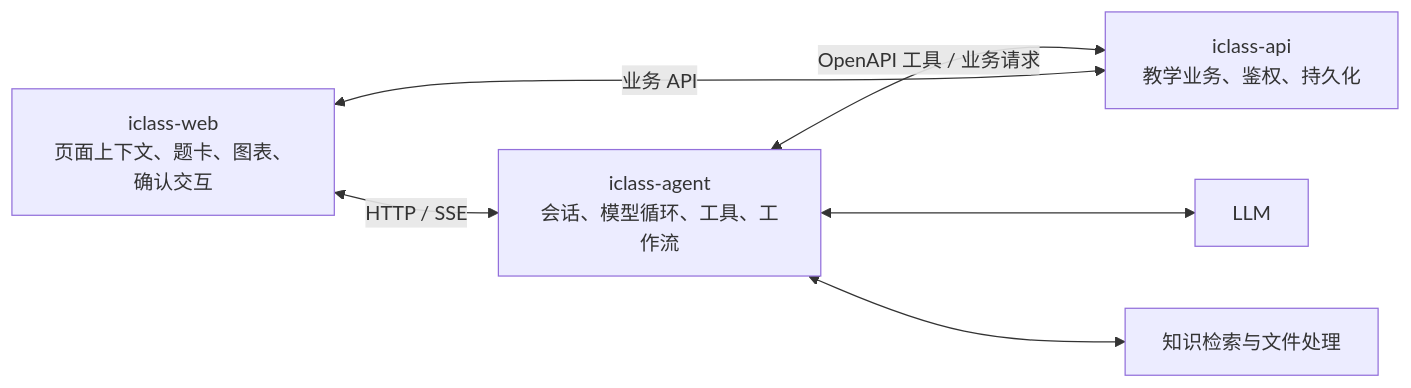
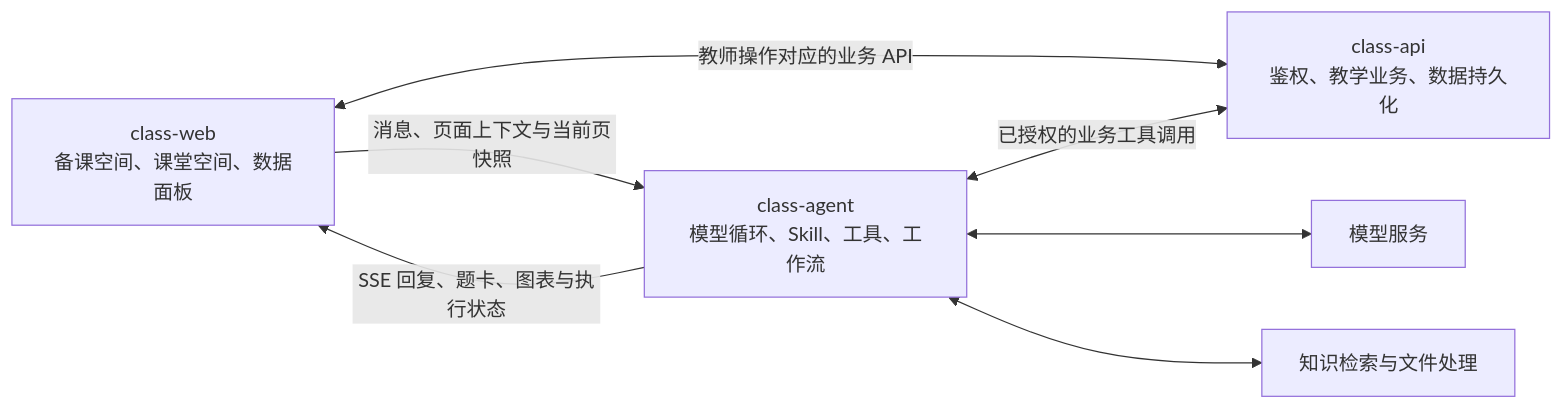
The diagram in README.md (JokerGrimace/class-agent), drawn with Mermaid before and after one commit. The commit also changed other lines of this file and 9 other files, not shown here.

Commit message:
docs: refresh class architecture overview and redacted demos

```diff
--- a/README.md
+++ b/README.md
@@ -123,8 +13,14 @@
 ~~~mermaid
 flowchart LR
-    W[iclass-web<br/>页面上下文、题卡、图表、确认交互] <-->|HTTP / SSE| A[iclass-agent<br/>会话、模型循环、工具、工作流]
-    A <-->|OpenAPI 工具 / 业务请求| J[iclass-api<br/>教学业务、鉴权、持久化]
-    A <--> L[LLM]
-    A <--> R[知识检索与文件处理]
-    W <-->|业务 API| J
+    W["class-web<br/>备课空间、课堂空间、数据面板"]
+    A["class-agent<br/>模型循环、Skill、工具、工作流"]
+    J["class-api<br/>鉴权、教学业务、数据持久化"]
+    L["模型服务"]
+    R["知识检索与文件处理"]
+    W -->|消息、页面上下文与当前页快照| A
+    A -->|SSE 回复、题卡、图表与执行状态| W
+    W <-->|教师操作对应的业务 API| J
+    A <-->|已授权的业务工具调用| J
+    A <--> L
+    A <--> R
 ~~~
```
